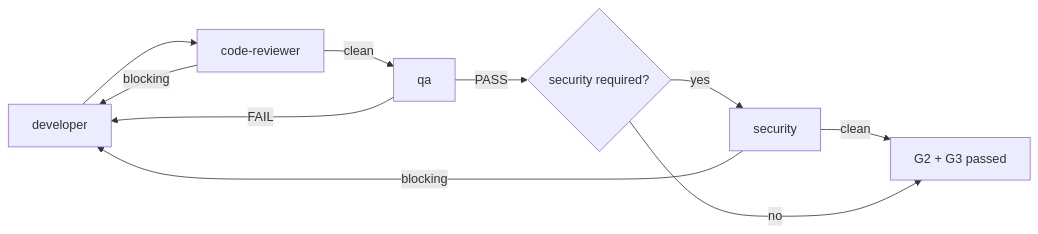
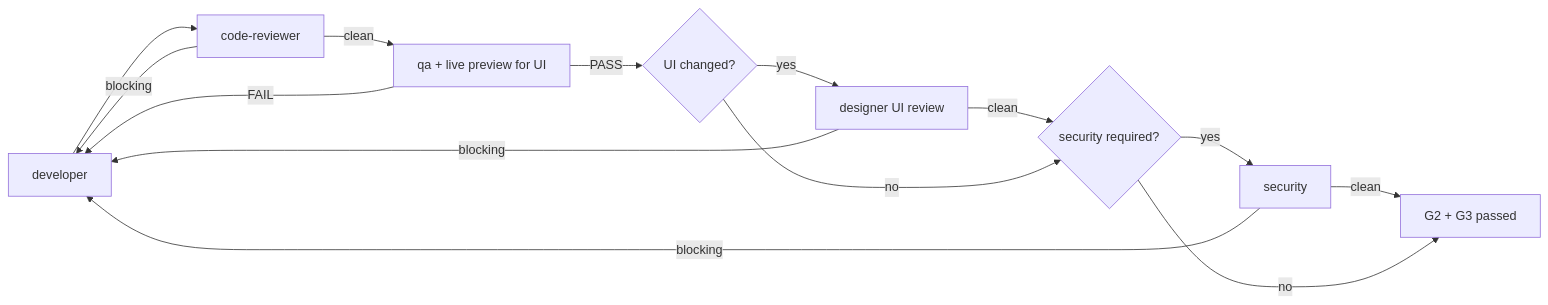
Before and after one commit to Tuan-Quyen/technical-teams: the second of 2 diagrams in skills/run-kit/SKILL.md, drawn with Mermaid. The commit also changed other lines of this file and 22 other files, not shown here.

First line of the commit message:
Add designer role and live-preview QA skill

````diff
--- a/skills/run-kit/SKILL.md
+++ b/skills/run-kit/SKILL.md
@@ -66,12 +66,16 @@
 ```mermaid
 flowchart LR
   D[developer] --> CR[code-reviewer]
   CR -- blocking --> D
-  CR -- clean --> Q[qa]
+  CR -- clean --> Q[qa + live preview for UI]
   Q -- FAIL --> D
-  Q -- PASS --> S{security required?}
+  Q -- PASS --> U{UI changed?}
+  U -- yes --> DR[designer UI review]
+  DR -- blocking --> D
+  DR -- clean --> S
+  U -- no --> S{security required?}
   S -- yes --> SEC[security]
   SEC -- blocking --> D
   SEC -- clean --> X[G2 + G3 passed]
   S -- no --> X
 ```
````
